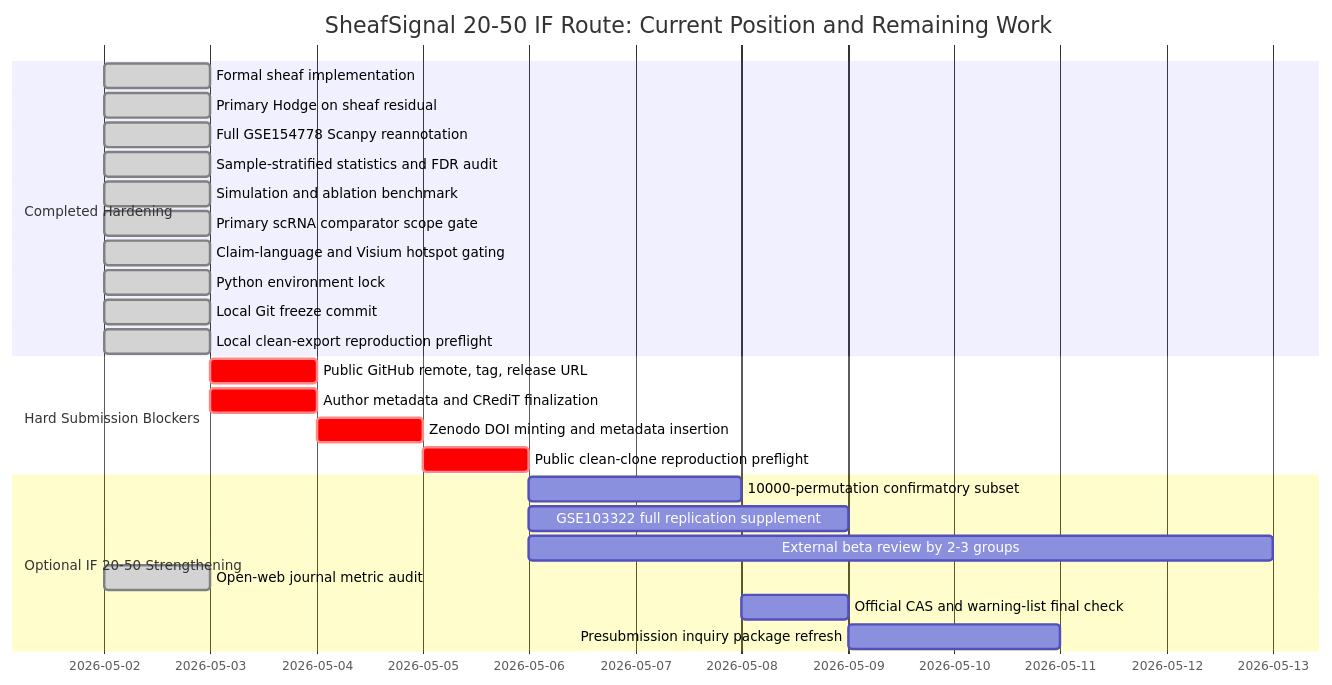
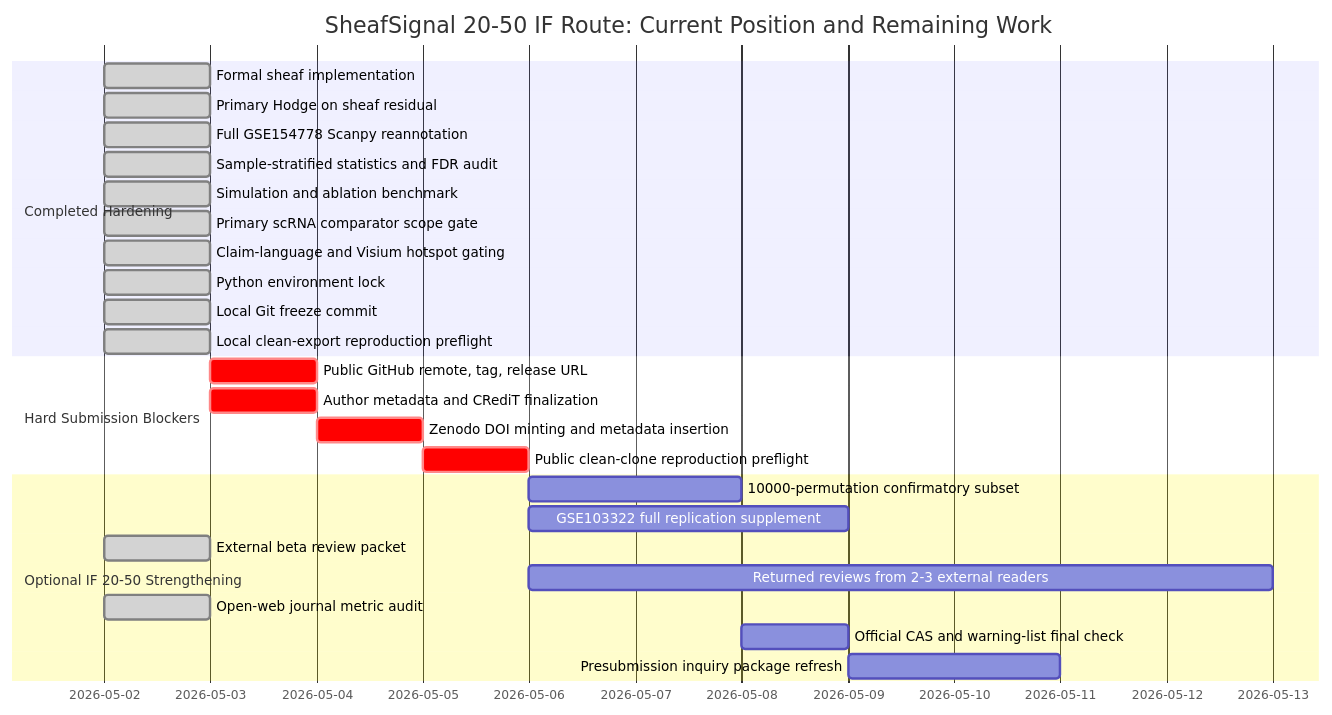
The diagram in manuscript/IF20_50_DISTANCE_REPORT.md (healthgreat/SheafSignal), drawn with Mermaid before and after one commit. The commit also changed other lines of this file and 16 other files, not shown here.

Commit message:
Add external beta review packet

````diff
--- a/manuscript/IF20_50_DISTANCE_REPORT.md
+++ b/manuscript/IF20_50_DISTANCE_REPORT.md
@@ -53,31 +56,32 @@
 ```mermaid
 gantt
     title SheafSignal 20-50 IF Route: Current Position and Remaining Work
     dateFormat  YYYY-MM-DD
 
     section Completed Hardening
     Formal sheaf implementation                  :done, 2026-05-02, 1d
     Primary Hodge on sheaf residual              :done, 2026-05-02, 1d
     Full GSE154778 Scanpy reannotation           :done, 2026-05-02, 1d
     Sample-stratified statistics and FDR audit   :done, 2026-05-02, 1d
     Simulation and ablation benchmark            :done, 2026-05-02, 1d
     Primary scRNA comparator scope gate          :done, 2026-05-02, 1d
     Claim-language and Visium hotspot gating     :done, 2026-05-02, 1d
     Python environment lock                      :done, 2026-05-02, 1d
     Local Git freeze commit                      :done, 2026-05-02, 1d
     Local clean-export reproduction preflight    :done, 2026-05-02, 1d
 
     section Hard Submission Blockers
     Public GitHub remote, tag, release URL       :crit, 2026-05-03, 1d
     Author metadata and CRediT finalization      :crit, 2026-05-03, 1d
     Zenodo DOI minting and metadata insertion    :crit, 2026-05-04, 1d
     Public clean-clone reproduction preflight    :crit, 2026-05-05, 1d
 
     section Optional IF 20-50 Strengthening
     10000-permutation confirmatory subset        :2026-05-06, 2d
     GSE103322 full replication supplement        :2026-05-06, 3d
-    External beta review by 2-3 groups           :2026-05-06, 7d
+    External beta review packet                  :done, 2026-05-02, 1d
+    Returned reviews from 2-3 external readers   :2026-05-06, 7d
     Open-web journal metric audit                :done, 2026-05-02, 1d
     Official CAS and warning-list final check    :2026-05-08, 1d
     Presubmission inquiry package refresh        :2026-05-09, 2d
 ```
````
